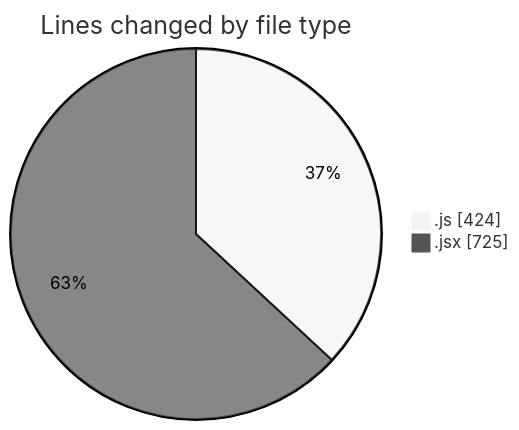
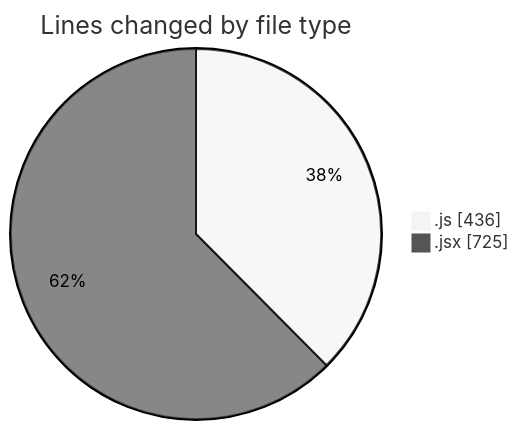
Before and after one commit to nxtqubesakshisongat/code-tracking: the first of 2 diagrams in 2025-05-29/nxtqube_webapp/README.md, drawn with Mermaid (neutral theme). The commit also changed other lines of this file and 1 other file, not shown here.

````diff
--- a/2025-05-29/nxtqube_webapp/README.md
+++ b/2025-05-29/nxtqube_webapp/README.md
@@ -29,6 +29,6 @@
 ```mermaid
 pie showData
 title Lines changed by file type
-".js" : 424
+".js" : 436
 ".jsx" : 725
 ```
````
